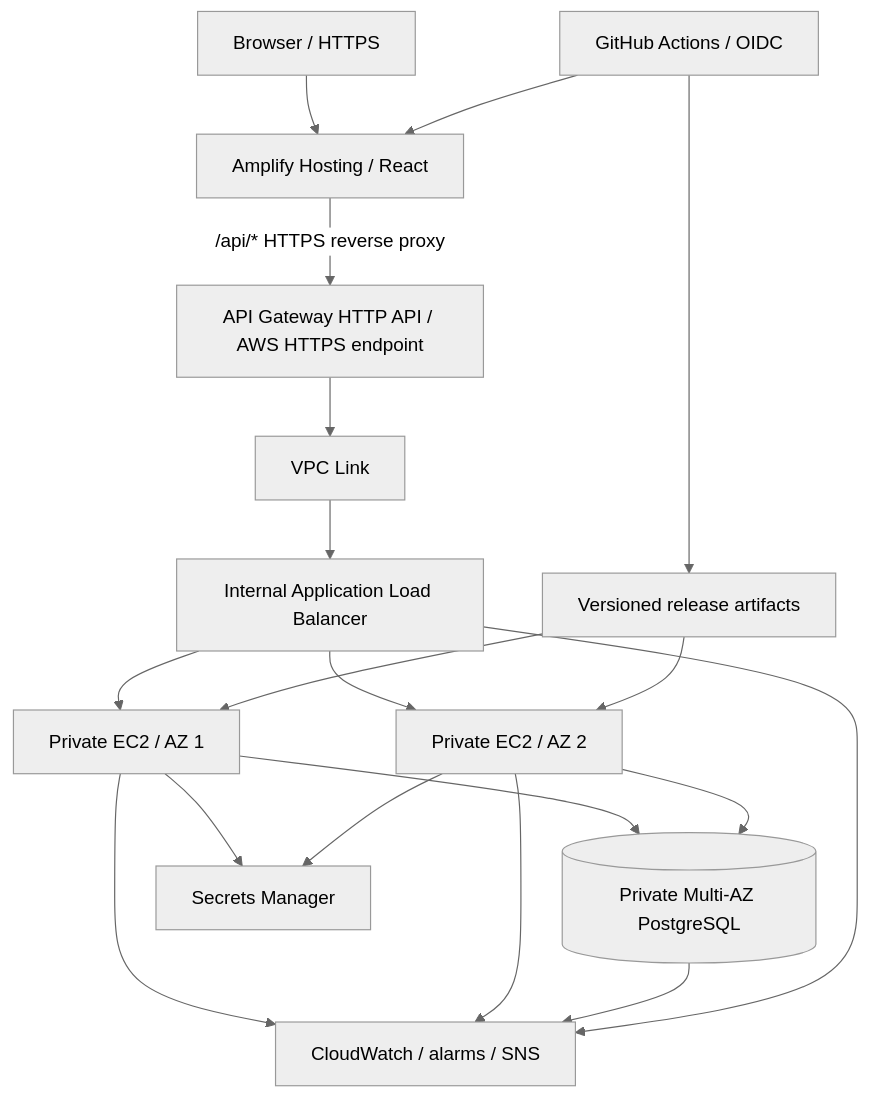
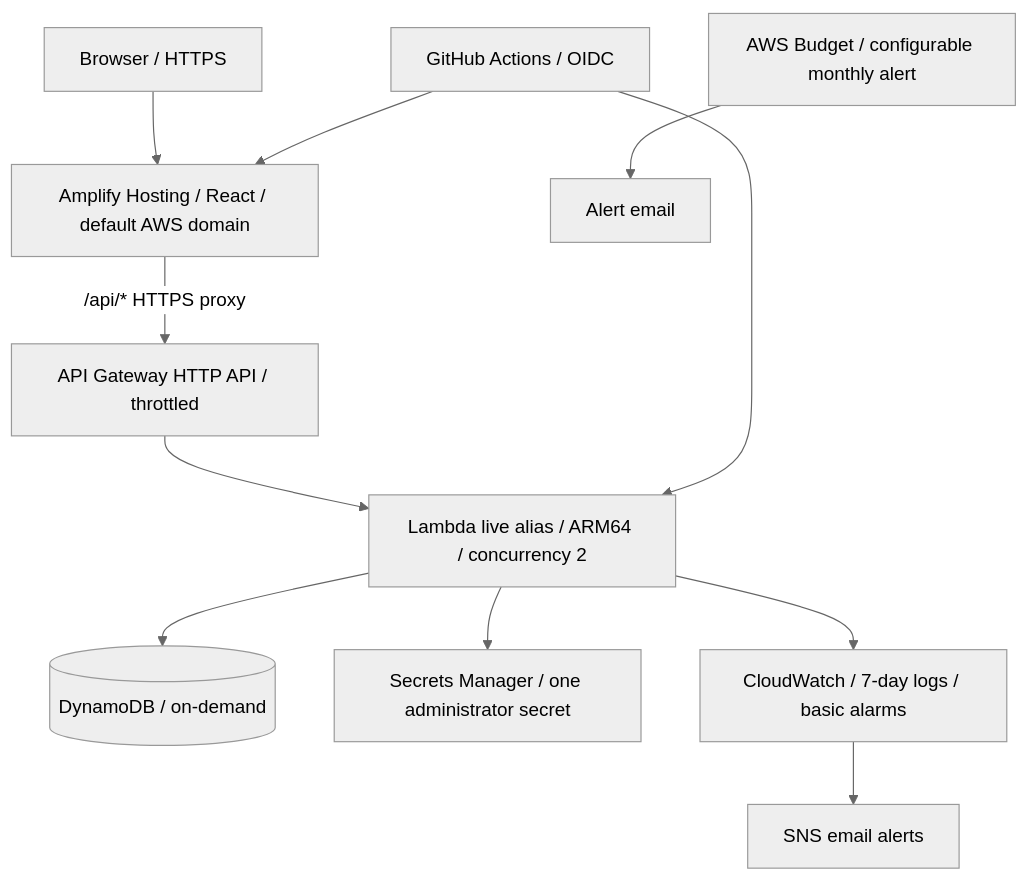
One commit to sakthisaravanan8531-hue/employee-app changed the diagram in README.md. Above: the diagram before and after it, drawn with Mermaid (neutral theme). The commit also changed other lines of this file and 33 other files, not shown here.

Commit message:
Reduce hosting costs with Lambda and DynamoDB serverless architecture

````diff
--- a/README.md
+++ b/README.md
@@ -47,21 +45,13 @@
 ```mermaid
 flowchart TD
-    Browser[Browser / HTTPS] --> Amplify[Amplify Hosting / React]
-    Amplify -->|"/api/* HTTPS reverse proxy"| API[API Gateway HTTP API / AWS HTTPS endpoint]
-    API --> Link[VPC Link]
-    Link --> ALB[Internal Application Load Balancer]
-    ALB --> EC21[Private EC2 / AZ 1]
-    ALB --> EC22[Private EC2 / AZ 2]
-    EC21 --> RDS[(Private Multi-AZ PostgreSQL)]
-    EC22 --> RDS
-    EC21 --> SM[Secrets Manager]
-    EC22 --> SM
-    GitHub[GitHub Actions / OIDC] --> Artifacts[Versioned release artifacts]
-    GitHub --> Amplify
-    Artifacts --> EC21
-    Artifacts --> EC22
-    EC21 --> CW[CloudWatch / alarms / SNS]
-    EC22 --> CW
-    RDS --> CW
-    ALB --> CW
+ Browser[Browser / HTTPS] --> Amplify[Amplify Hosting / React / default AWS domain]
+ Amplify -->|"/api/* HTTPS proxy"| API[API Gateway HTTP API / throttled]
+ API --> Alias[Lambda live alias / ARM64 / concurrency 2]
+ Alias --> DB[(DynamoDB / on-demand)]
+ Alias --> Secret[Secrets Manager / one administrator secret]
+ Alias --> Logs[CloudWatch / 7-day logs / basic alarms]
+ Logs --> SNS[SNS email alerts]
+ GitHub[GitHub Actions / OIDC] --> Alias
+ GitHub --> Amplify
+ Budget[AWS Budget / configurable monthly alert] --> Email[Alert email]
 ```
````
